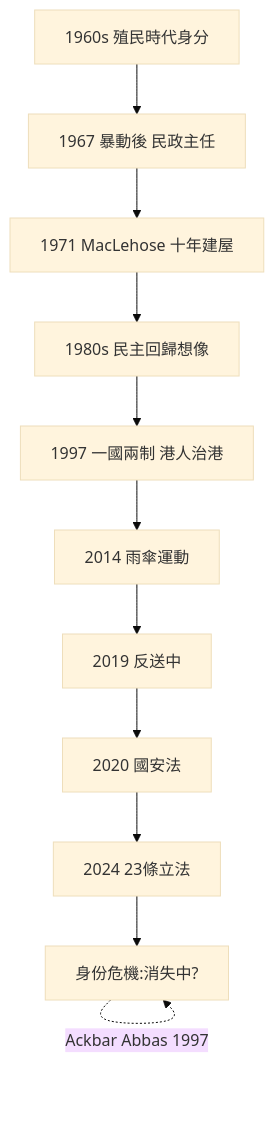
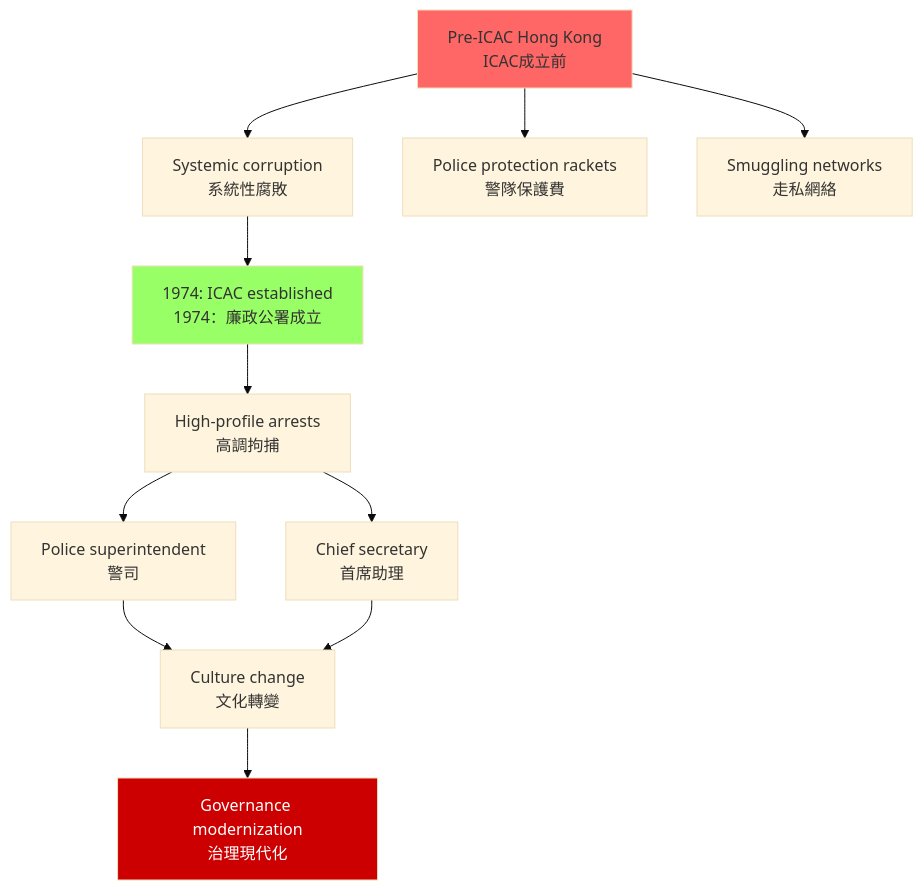
One commit to yip-lgtm/HKU-Harvard-History-Self-Study changed the fourth of 5 diagrams in 01_HKU_Courses/HIST1017_Modern_Hong_Kong.md. Above: the diagram before and after it, drawn with Mermaid (base theme). The commit also changed other lines of this file and 25 other files, not shown here.

````diff
--- a/01_HKU_Courses/HIST1017_Modern_Hong_Kong.md
+++ b/01_HKU_Courses/HIST1017_Modern_Hong_Kong.md
@@ -410,14 +153,19 @@
 ```mermaid
 graph TD
-    A[1960s 殖民時代身分] --> B[1967 暴動後 民政主任]
-    B --> C[1971 MacLehose 十年建屋]
-    C --> D[1980s 民主回歸想像]
-    D --> E[1997 一國兩制 港人治港]
-    E --> F[2014 雨傘運動]
-    F --> G[2019 反送中]
-    G --> H[2020 國安法]
-    H --> I[2024 23條立法]
-    I --> J[身份危機:消失中?]
+    A[Pre-ICAC Hong Kong<br/>ICAC成立前] --> B[Systemic corruption<br/>系統性腐敗]
+    A --> C[Police protection rackets<br/>警隊保護費]
+    A --> D[Smuggling networks<br/>走私網絡]
     
-    J -.Ackbar Abbas 1997.-> J
+    B --> E[1974: ICAC established<br/>1974：廉政公署成立]
+    E --> F[High-profile arrests<br/>高調拘捕]
+    F --> G[Police superintendent<br/>警司]
+    F --> H[Chief secretary<br/>首席助理]
+    
+    G --> I[Culture change<br/>文化轉變]
+    H --> I
+    I --> J[Governance modernization<br/>治理現代化]
+    
+    style A fill:#f66
+    style E fill:#9f6
+    style J fill:#c00,color:#fff
 ```
````
